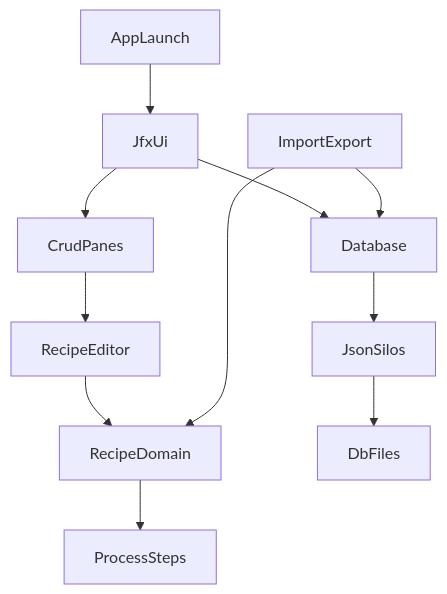
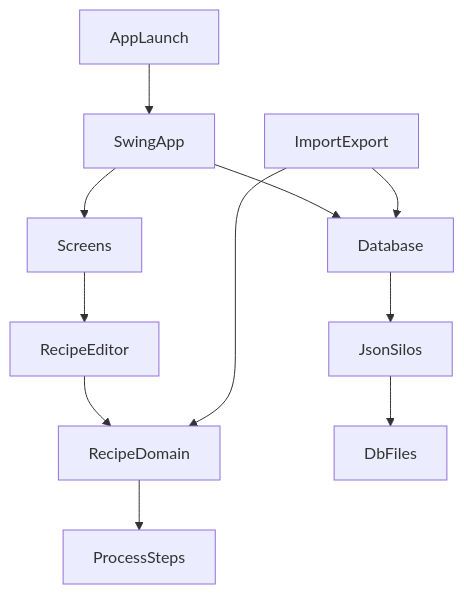
Before and after one commit to alan-mcl/brewday: the diagram in doc/design-document.md, drawn with Mermaid. The commit also changed other lines of this file and 105 other files, not shown here.

````diff
--- a/doc/design-document.md
+++ b/doc/design-document.md
@@ -57,13 +57,13 @@
 ```mermaid
 flowchart TD
-  AppLaunch --> JfxUi
-  JfxUi --> Database
-  JfxUi --> CrudPanes
-  CrudPanes --> RecipeEditor
+  AppLaunch --> SwingApp
+  SwingApp --> Database
+  SwingApp --> Screens
+  Screens --> RecipeEditor
   RecipeEditor --> RecipeDomain
   RecipeDomain --> ProcessSteps
   Database --> JsonSilos
   JsonSilos --> DbFiles
   ImportExport --> RecipeDomain
   ImportExport --> Database
 ```
````
